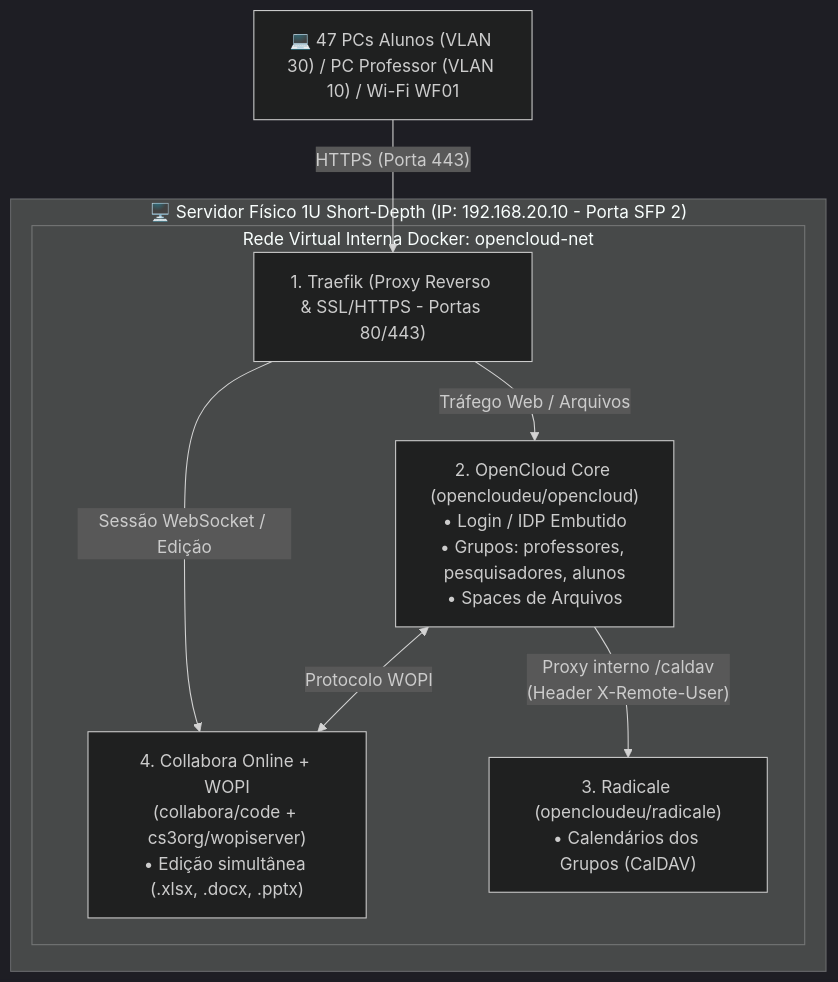
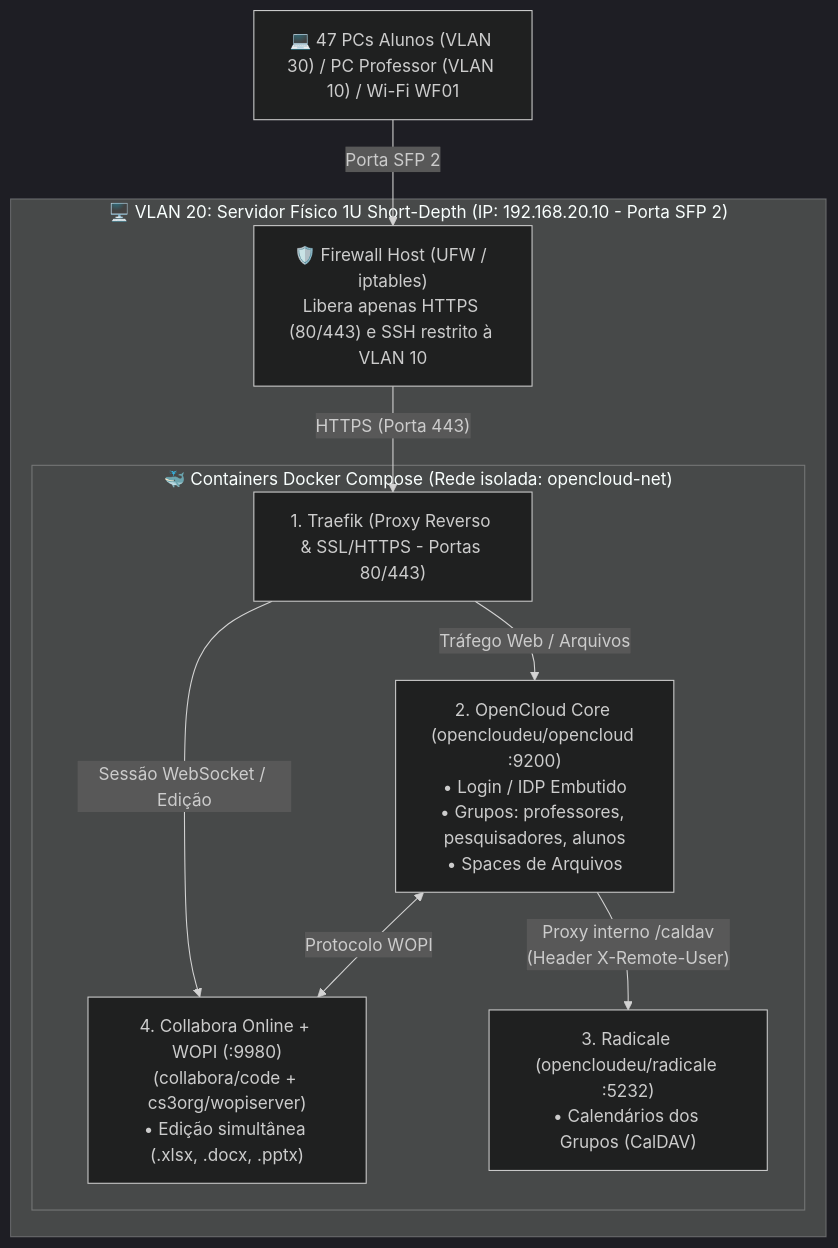
The diagram in docs/projeto-logico.md (ArthurSVieira/LabRedes), drawn with Mermaid (dark theme) before and after one commit. The commit also changed other lines of this file and 3 other files, not shown here.

````diff
--- a/docs/projeto-logico.md
+++ b/docs/projeto-logico.md
@@ -69,19 +77,22 @@
 ```mermaid
 flowchart TD
     Clients["💻 47 PCs Alunos (VLAN 30) / PC Professor (VLAN 10) / Wi-Fi WF01"]
     
-    subgraph Host["🖥️ Servidor Físico 1U Short-Depth (IP: 192.168.20.10 - Porta SFP 2)"]
-        subgraph Docker["Rede Virtual Interna Docker: opencloud-net"]
+    subgraph Host["🖥️ VLAN 20: Servidor Físico 1U Short-Depth (IP: 192.168.20.10 - Porta SFP 2)"]
+        UFW["🛡️ Firewall Host (UFW / iptables)<br/>Libera apenas HTTPS (80/443) e SSH restrito à VLAN 10"]
+        
+        subgraph Docker["🐳 Containers Docker Compose (Rede isolada: opencloud-net)"]
             Traefik["1. Traefik (Proxy Reverso & SSL/HTTPS - Portas 80/443)"]
-            OpenCloud["2. OpenCloud Core (opencloudeu/opencloud)<br/>• Login / IDP Embutido<br/>• Grupos: professores, pesquisadores, alunos<br/>• Spaces de Arquivos"]
-            Collabora["4. Collabora Online + WOPI<br/>(collabora/code + cs3org/wopiserver)<br/>• Edição simultânea (.xlsx, .docx, .pptx)"]
-            Radicale["3. Radicale (opencloudeu/radicale)<br/>• Calendários dos Grupos (CalDAV)"]
+            OpenCloud["2. OpenCloud Core (opencloudeu/opencloud :9200)<br/>• Login / IDP Embutido<br/>• Grupos: professores, pesquisadores, alunos<br/>• Spaces de Arquivos"]
+            Collabora["4. Collabora Online + WOPI (:9980)<br/>(collabora/code + cs3org/wopiserver)<br/>• Edição simultânea (.xlsx, .docx, .pptx)"]
+            Radicale["3. Radicale (opencloudeu/radicale :5232)<br/>• Calendários dos Grupos (CalDAV)"]
         end
     end
 
-    Clients -->|"HTTPS (Porta 443)"| Traefik
+    Clients -->|"Porta SFP 2"| UFW
+    UFW -->|"HTTPS (Porta 443)"| Traefik
     Traefik -->|"Tráfego Web / Arquivos"| OpenCloud
     Traefik -->|"Sessão WebSocket / Edição"| Collabora
     OpenCloud <-->|"Protocolo WOPI"| Collabora
     OpenCloud -->|"Proxy interno /caldav<br/>(Header X-Remote-User)"| Radicale
 ```
````
